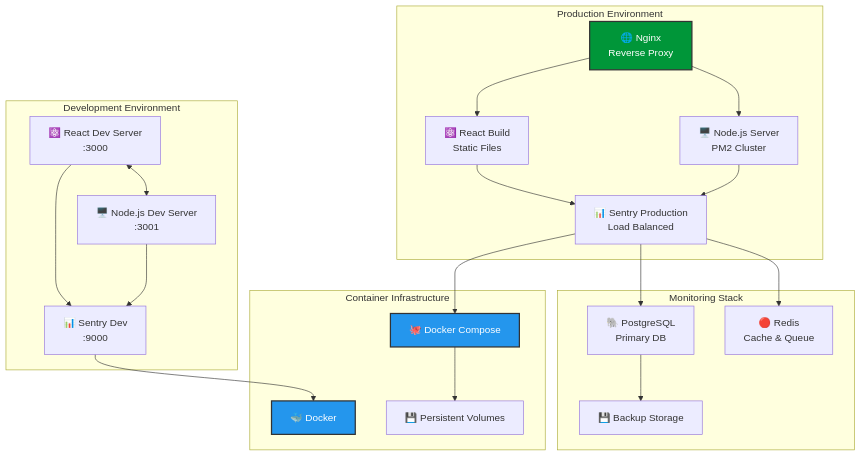
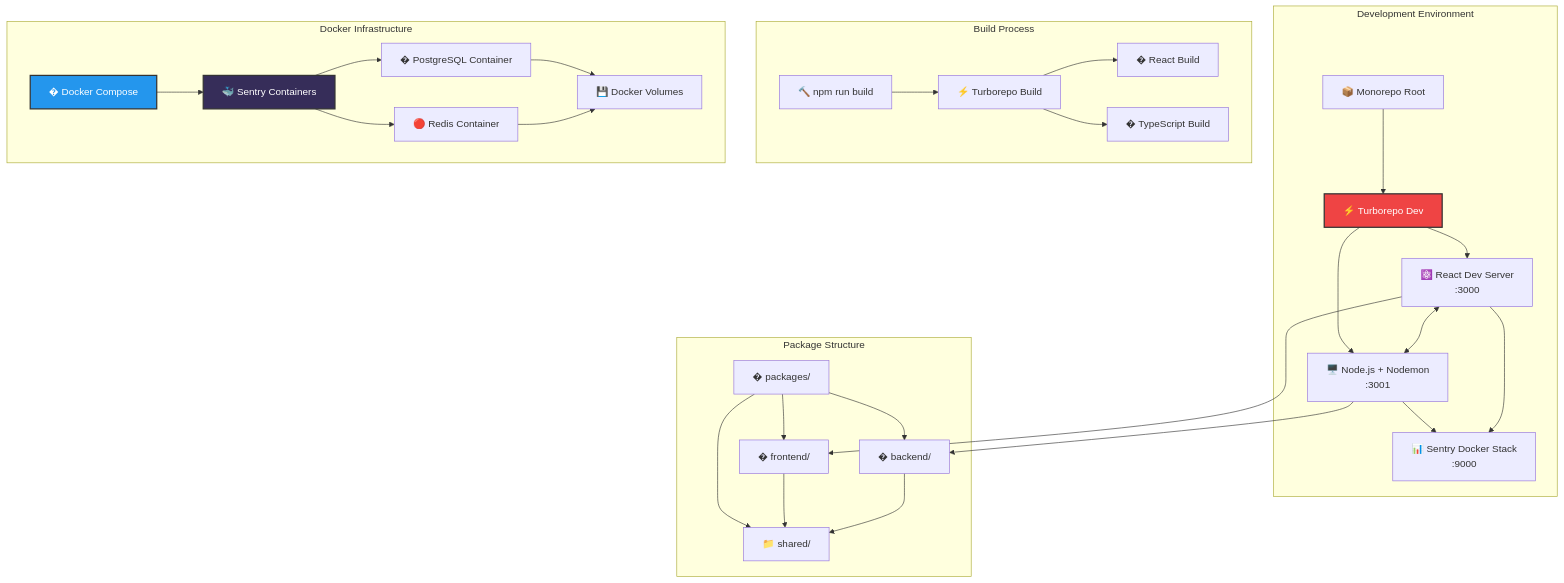
Before and after one commit to bcgov/citz-imb-playground: the eighth of 8 diagrams in ARCHITECTURE.md, drawn with Mermaid. The commit also changed other lines of this file and 50 other files, not shown here.

````diff
--- a/ARCHITECTURE.md
+++ b/ARCHITECTURE.md
@@ -376,48 +425,62 @@
 ```mermaid
 graph TB
     subgraph "Development Environment"
+        DEV_ROOT[📦 Monorepo Root]
+        TURBO_DEV[⚡ Turborepo Dev]
         DEV_FE[⚛️ React Dev Server<br/>:3000]
-        DEV_BE[🖥️ Node.js Dev Server<br/>:3001]
-        DEV_SENTRY[📊 Sentry Dev<br/>:9000]
+        DEV_BE[🖥️ Node.js + Nodemon<br/>:3001]
+        DEV_SENTRY[📊 Sentry Docker Stack<br/>:9000]
         
+        DEV_ROOT --> TURBO_DEV
+        TURBO_DEV --> DEV_FE
+        TURBO_DEV --> DEV_BE
         DEV_FE <--> DEV_BE
         DEV_BE --> DEV_SENTRY
         DEV_FE --> DEV_SENTRY
     end
     
-    subgraph "Production Environment"
-        NGINX[🌐 Nginx<br/>Reverse Proxy]
-        PROD_FE[⚛️ React Build<br/>Static Files]
-        PROD_BE[🖥️ Node.js Server<br/>PM2 Cluster]
-        PROD_SENTRY[📊 Sentry Production<br/>Load Balanced]
+    subgraph "Build Process"
+        BUILD_CMD[🔨 npm run build]
+        TURBO_BUILD[⚡ Turborepo Build]
+        FE_BUILD[� React Build]
+        BE_BUILD[� TypeScript Build]
         
-        NGINX --> PROD_FE
-        NGINX --> PROD_BE
-        PROD_BE --> PROD_SENTRY
-        PROD_FE --> PROD_SENTRY
+        BUILD_CMD --> TURBO_BUILD
+        TURBO_BUILD --> FE_BUILD
+        TURBO_BUILD --> BE_BUILD
     end
     
-    subgraph "Container Infrastructure"
-        DOCKER[🐳 Docker]
-        COMPOSE[🐙 Docker Compose]
-        VOLUMES[💾 Persistent Volumes]
+    subgraph "Docker Infrastructure"
+        DOCKER_COMPOSE[� Docker Compose]
+        SENTRY_CONTAINERS[🐳 Sentry Containers]
+        POSTGRES_CONTAINER[� PostgreSQL Container]
+        REDIS_CONTAINER[🔴 Redis Container]
+        VOLUMES[💾 Docker Volumes]
         
-        DEV_SENTRY --> DOCKER
-        PROD_SENTRY --> COMPOSE
-        COMPOSE --> VOLUMES
+        DOCKER_COMPOSE --> SENTRY_CONTAINERS
+        SENTRY_CONTAINERS --> POSTGRES_CONTAINER
+        SENTRY_CONTAINERS --> REDIS_CONTAINER
+        POSTGRES_CONTAINER --> VOLUMES
+        REDIS_CONTAINER --> VOLUMES
     end
     
-    subgraph "Monitoring Stack"
-        POSTGRES_PROD[🐘 PostgreSQL<br/>Primary DB]
-        REDIS_PROD[🔴 Redis<br/>Cache & Queue]
-        BACKUP[💾 Backup Storage]
+    subgraph "Package Structure"
+        PACKAGES[� packages/]
+        FRONTEND_PKG[� frontend/]
+        BACKEND_PKG[� backend/]
+        SHARED_PKG[📁 shared/]
         
-        PROD_SENTRY --> POSTGRES_PROD
-        PROD_SENTRY --> REDIS_PROD
-        POSTGRES_PROD --> BACKUP
+        PACKAGES --> FRONTEND_PKG
+        PACKAGES --> BACKEND_PKG
+        PACKAGES --> SHARED_PKG
+        
+        DEV_FE --> FRONTEND_PKG
+        DEV_BE --> BACKEND_PKG
+        FRONTEND_PKG --> SHARED_PKG
+        BACKEND_PKG --> SHARED_PKG
     end
 
-    style NGINX fill:#009639,stroke:#333,stroke-width:2px,color:#fff
-    style DOCKER fill:#2496ed,stroke:#333,stroke-width:2px,color:#fff
-    style COMPOSE fill:#2496ed,stroke:#333,stroke-width:2px,color:#fff
+    style TURBO_DEV fill:#ef4444,stroke:#333,stroke-width:2px,color:#fff
+    style DOCKER_COMPOSE fill:#2496ed,stroke:#333,stroke-width:2px,color:#fff
+    style SENTRY_CONTAINERS fill:#362d59,stroke:#333,stroke-width:2px,color:#fff
 ```
````
